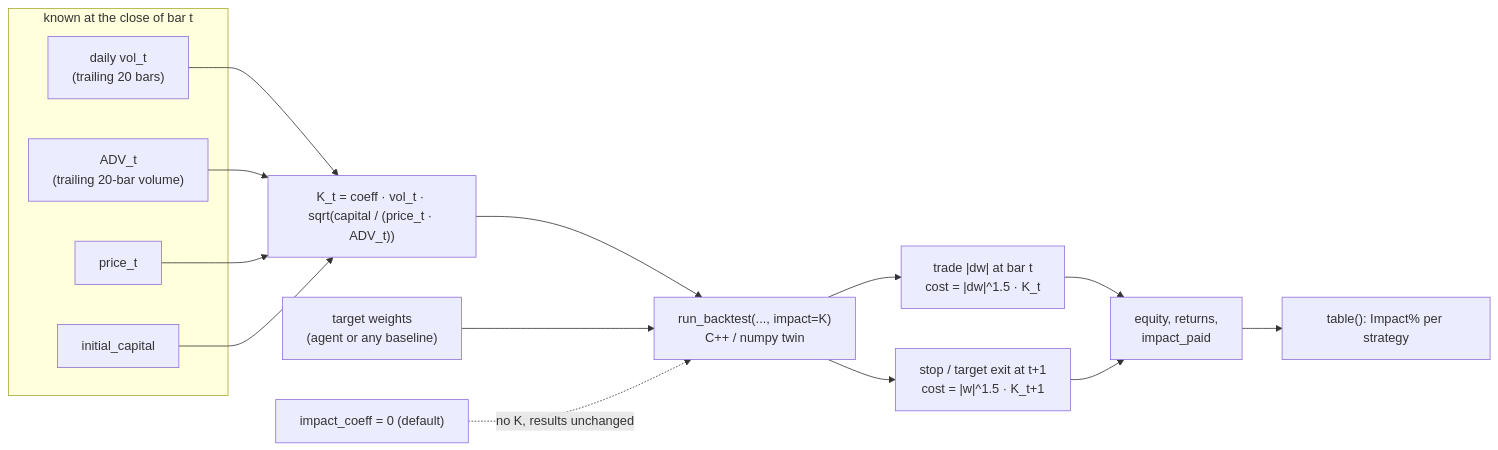
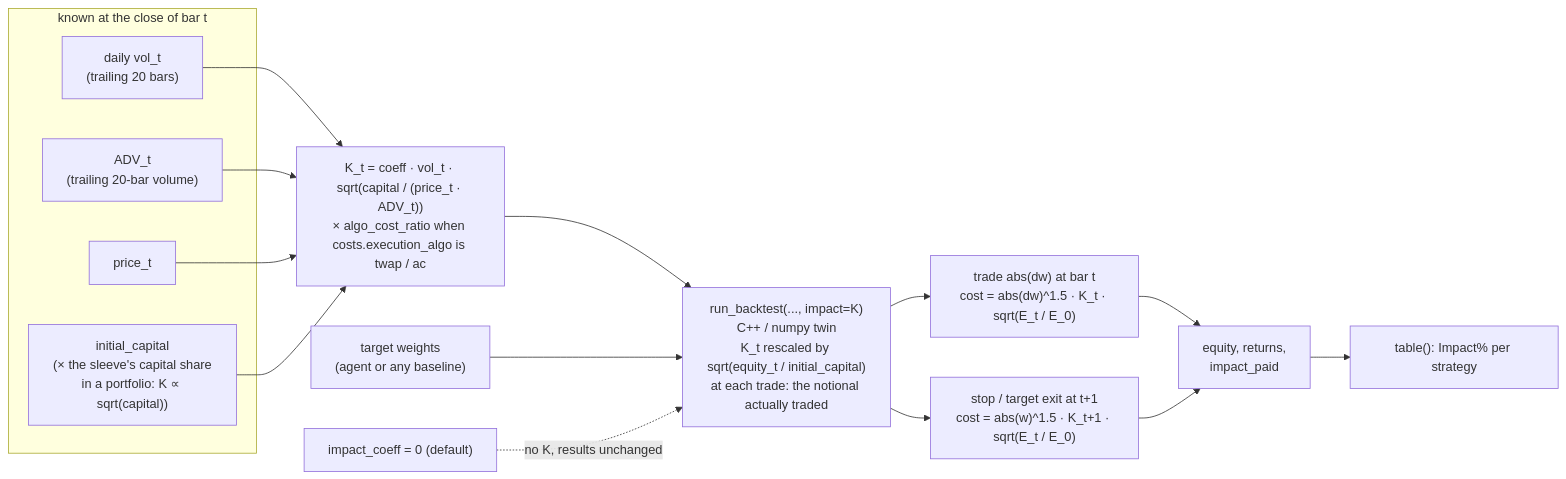
Diagram 25 of 30 in docs/DIAGRAMS.md (AshJha0/agentic-trader), drawn with Mermaid before and after one commit. The commit also changed other lines of this file and 112 other files, not shown here.

````diff
--- a/docs/DIAGRAMS.md
+++ b/docs/DIAGRAMS.md
@@ -706,21 +732,21 @@
 ```mermaid
 flowchart LR
     subgraph Known["known at the close of bar t"]
         VOL["daily vol_t<br/>(trailing 20 bars)"]
         ADV["ADV_t<br/>(trailing 20-bar volume)"]
         PX["price_t"]
-        CAP["initial_capital"]
+        CAP["initial_capital<br/>(× the sleeve's capital share<br/>in a portfolio: K ∝ sqrt(capital))"]
     end
-    VOL --> K["K_t = coeff · vol_t · sqrt(capital / (price_t · ADV_t))"]
+    VOL --> K["K_t = coeff · vol_t · sqrt(capital / (price_t · ADV_t))<br/>× algo_cost_ratio when costs.execution_algo is twap / ac"]
     ADV --> K
     PX --> K
     CAP --> K
-    K --> ENG["run_backtest(..., impact=K)<br/>C++ / numpy twin"]
+    K --> ENG["run_backtest(..., impact=K)<br/>C++ / numpy twin<br/>K_t rescaled by sqrt(equity_t / initial_capital)<br/>at each trade: the notional actually traded"]
     W["target weights<br/>(agent or any baseline)"] --> ENG
-    ENG --> T["trade |dw| at bar t<br/>cost = |dw|^1.5 · K_t"]
-    ENG --> X["stop / target exit at t+1<br/>cost = |w|^1.5 · K_t+1"]
+    ENG --> T["trade abs(dw) at bar t<br/>cost = abs(dw)^1.5 · K_t · sqrt(E_t / E_0)"]
+    ENG --> X["stop / target exit at t+1<br/>cost = abs(w)^1.5 · K_t+1 · sqrt(E_t / E_0)"]
     T --> R["equity, returns,<br/>impact_paid"]
     X --> R
     R --> TAB["table(): Impact% per strategy"]
     OFF["impact_coeff = 0 (default)"] -. "no K, results unchanged" .-> ENG
 ```
````
